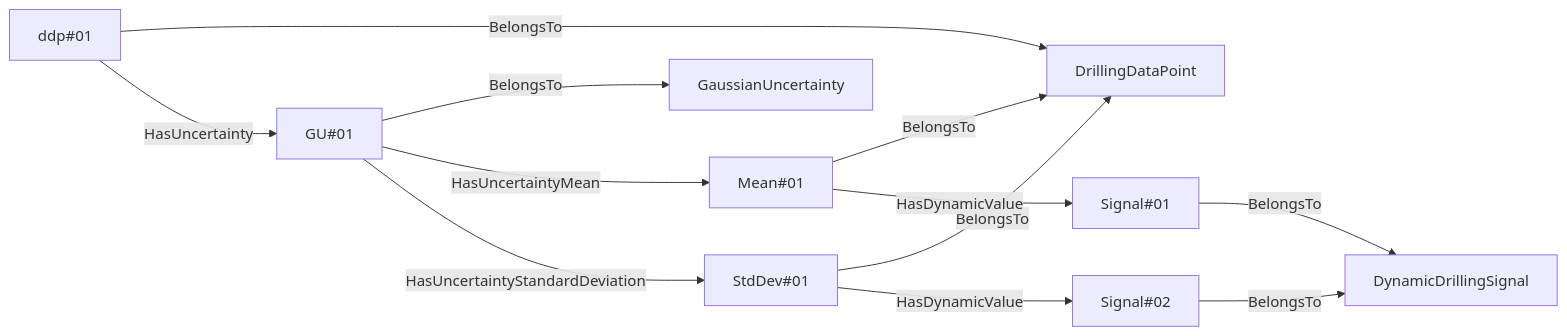
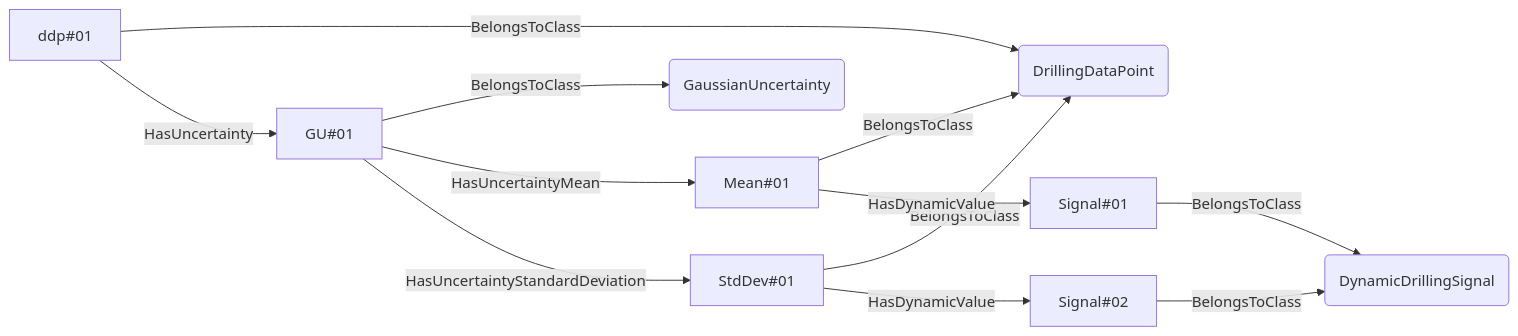
Diagram 15 of 19 in docs/vocabulary_development/auto-generated/md/definition-files/Uncertainty.md (D-WIS/DDHub-Semantic-Interoperability), drawn with Mermaid before and after one commit. The commit also changed other lines of this file and 10 other files, not shown here.

````diff
--- a/docs/vocabulary_development/auto-generated/md/definition-files/Uncertainty.md
+++ b/docs/vocabulary_development/auto-generated/md/definition-files/Uncertainty.md
@@ -675,14 +675,14 @@
 ```mermaid
 graph LR
-	N0000[ddp#01] -->|BelongsTo| N0001[DrillingDataPoint] 
-	N0002[GU#01] -->|BelongsTo| N0003[GaussianUncertainty] 
+	N0000[ddp#01] -->|BelongsToClass| N0001(DrillingDataPoint) 
+	N0002[GU#01] -->|BelongsToClass| N0003(GaussianUncertainty) 
 	N0000[ddp#01] -->|HasUncertainty| N0002[GU#01] 
-	N0004[Mean#01] -->|BelongsTo| N0001[DrillingDataPoint] 
-	N0005[StdDev#01] -->|BelongsTo| N0001[DrillingDataPoint] 
+	N0004[Mean#01] -->|BelongsToClass| N0001(DrillingDataPoint) 
+	N0005[StdDev#01] -->|BelongsToClass| N0001(DrillingDataPoint) 
 	N0002[GU#01] -->|HasUncertaintyMean| N0004[Mean#01] 
 	N0002[GU#01] -->|HasUncertaintyStandardDeviation| N0005[StdDev#01] 
-	N0006[Signal#01] -->|BelongsTo| N0007[DynamicDrillingSignal] 
-	N0008[Signal#02] -->|BelongsTo| N0007[DynamicDrillingSignal] 
+	N0006[Signal#01] -->|BelongsToClass| N0007(DynamicDrillingSignal) 
+	N0008[Signal#02] -->|BelongsToClass| N0007(DynamicDrillingSignal) 
 	N0004[Mean#01] -->|HasDynamicValue| N0006[Signal#01] 
 	N0005[StdDev#01] -->|HasDynamicValue| N0008[Signal#02] 
 ```
````
